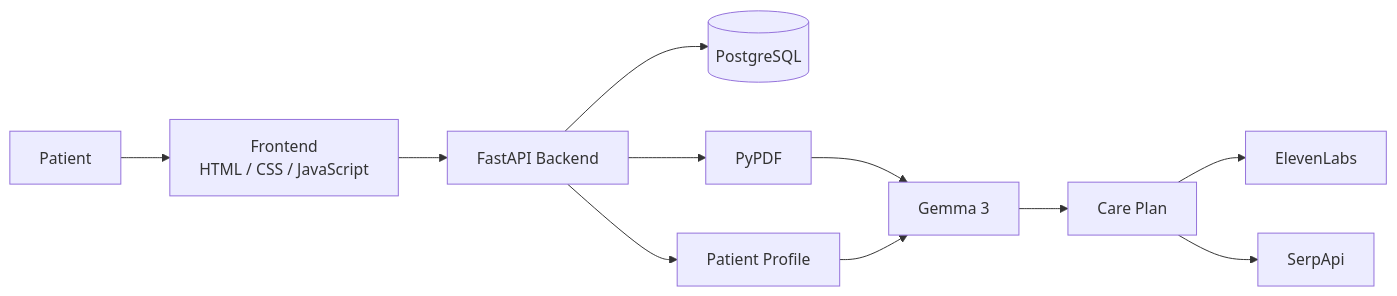
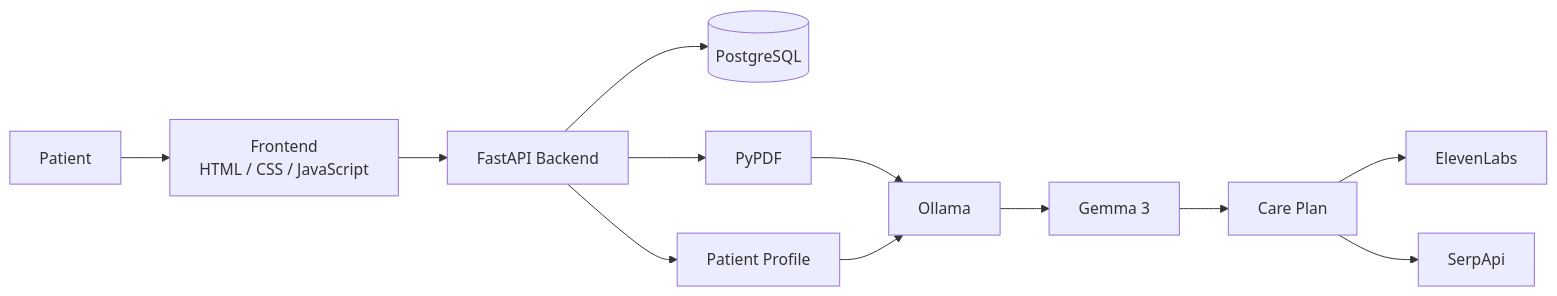
Before and after one commit to MohamedAli1937/NipCure: the fifth of 6 diagrams in README.md, drawn with Mermaid. The commit also changed other lines of this file and 2 other files, not shown here.

Commit message:
Switch to local Gemma deployment

````diff
--- a/README.md
+++ b/README.md
@@ -161,16 +163,17 @@
 ```mermaid
 flowchart LR
     U[Patient] --> FE[Frontend<br/>HTML / CSS / JavaScript]
     FE --> API[FastAPI Backend]
 
     API --> DB[(PostgreSQL)]
     API --> PDF[PyPDF]
-    PDF --> AI[Gemma 3]
+    PDF --> AI[Ollama]
+    AI --> GEMMA[Gemma 3]
 
-    AI --> PLAN[Care Plan]
+    GEMMA --> PLAN[Care Plan]
     PLAN --> TTS[ElevenLabs]
     PLAN --> SEARCH[SerpApi]
+
     API --> PROFILE[Patient Profile]
-
     PROFILE --> AI
 ```
````
